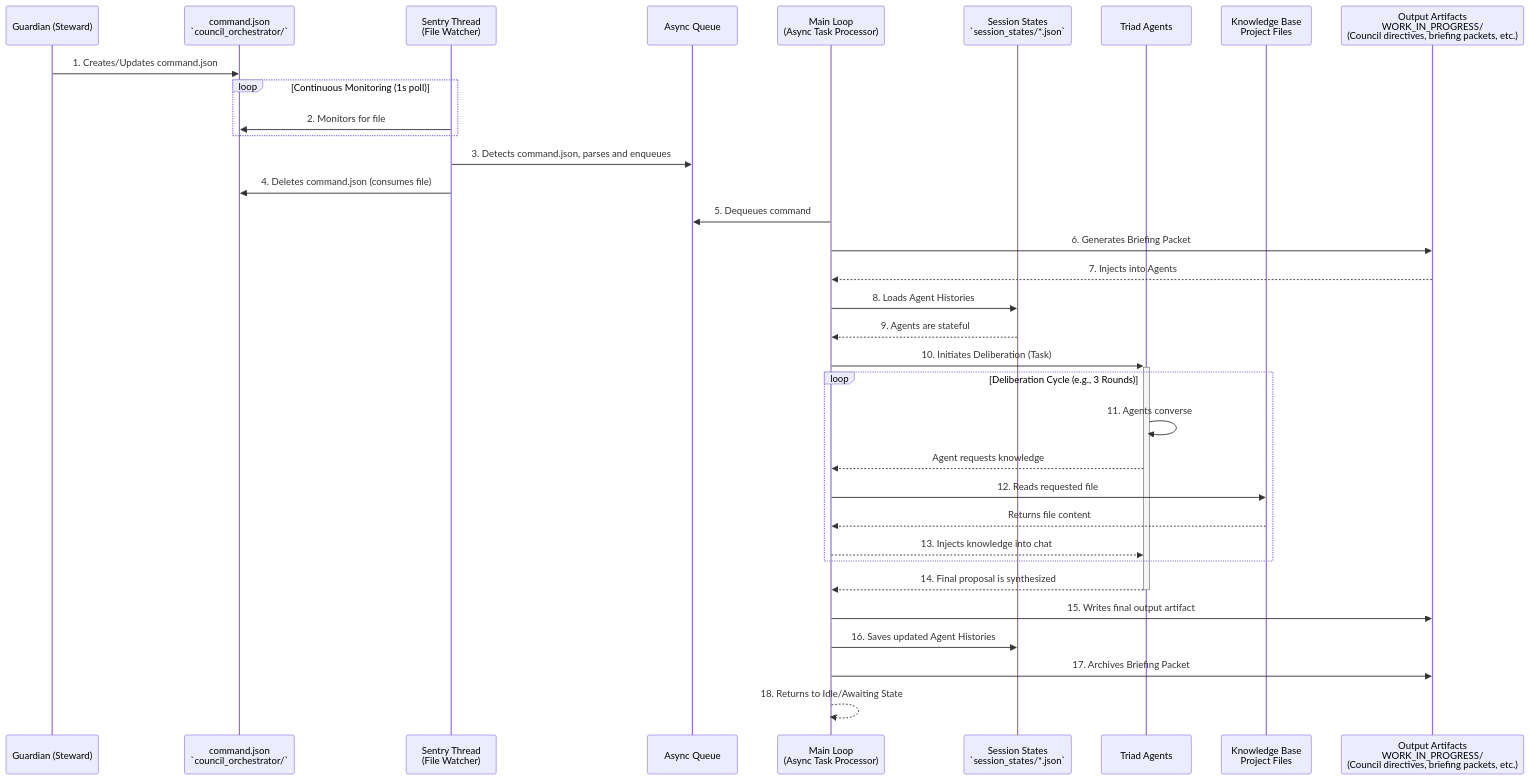
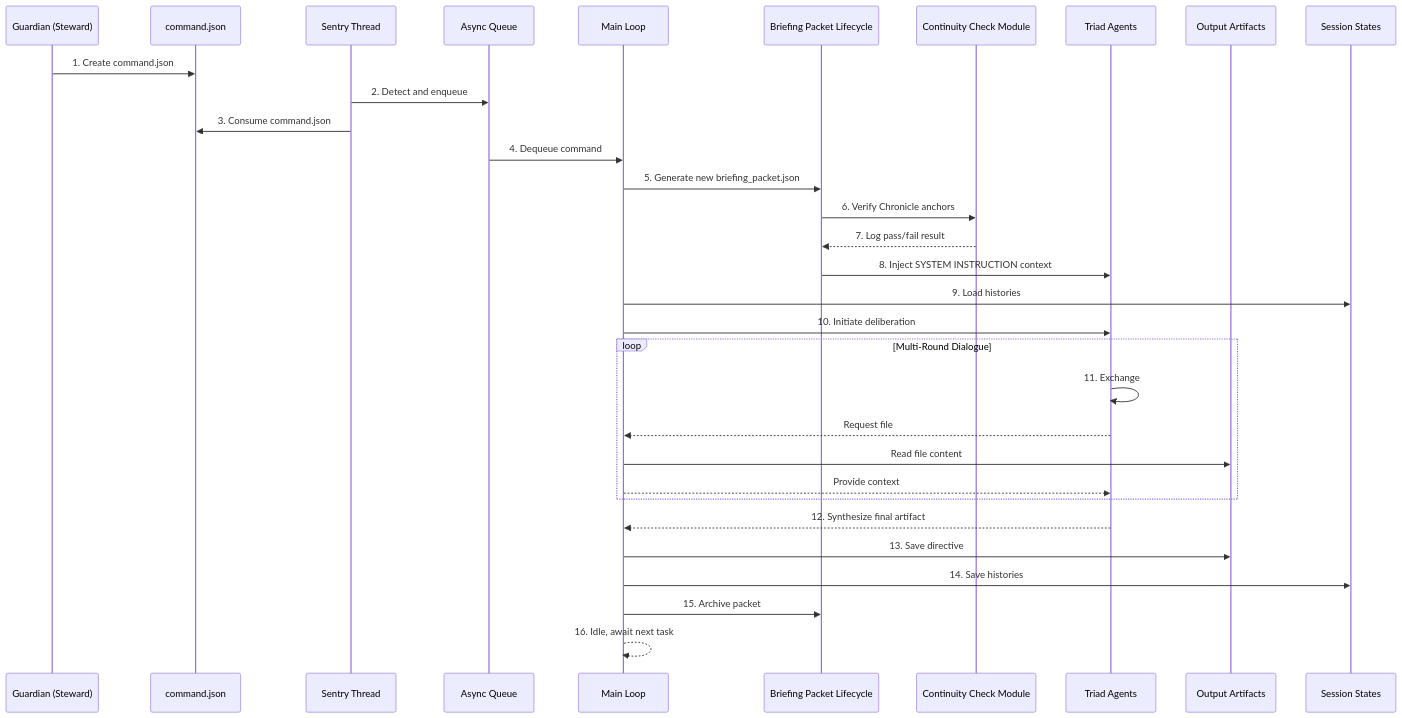
Before and after one commit to richfrem/Project_Sanctuary: the first of 2 diagrams in council_orchestrator/README.md, drawn with Mermaid. The commit also changed other lines of this file and 8 other files, not shown here.

`````diff
--- a/council_orchestrator/README.md
+++ b/council_orchestrator/README.md
@@ -37,50 +57,40 @@
 ```mermaid
 sequenceDiagram
     participant Guardian as Guardian (Steward)
-    participant CommandFile as command.json <br> `council_orchestrator/`
-    participant SentryThread as Sentry Thread <br> (File Watcher)
+    participant CommandFile as command.json
+    participant SentryThread as Sentry Thread
     participant AsyncQueue as Async Queue
-    participant MainLoop as Main Loop <br> (Async Task Processor)
-    participant SessionStates as Session States <br> `session_states/*.json`
-    participant TriadAgents as Triad Agents
-    participant KnowledgeBase as Knowledge Base <br> Project Files
-    participant OutputArtifacts as Output Artifacts <br> WORK_IN_PROGRESS/ <br/>(Council directives, briefing packets, etc.)
+    participant MainLoop as Main Loop
+    participant Briefing as Briefing Packet Lifecycle
+    participant Continuity as Continuity Check Module
+    participant Triad as Triad Agents
+    participant Output as Output Artifacts
+    participant States as Session States
 
-    Guardian->>CommandFile: 1. Creates/Updates command.json
+    Guardian->>CommandFile: 1. Create command.json
+    SentryThread->>AsyncQueue: 2. Detect and enqueue
+    SentryThread->>CommandFile: 3. Consume command.json
 
-    loop Continuous Monitoring (1s poll)
-        SentryThread->>CommandFile: 2. Monitors for file
+    AsyncQueue->>MainLoop: 4. Dequeue command
+    MainLoop->>Briefing: 5. Generate new briefing_packet.json
+    Briefing->>Continuity: 6. Verify Chronicle anchors
+    Continuity-->>Briefing: 7. Log pass/fail result
+    Briefing->>Triad: 8. Inject SYSTEM INSTRUCTION context
+
+    MainLoop->>States: 9. Load histories
+    MainLoop->>Triad: 10. Initiate deliberation
+
+    loop Multi-Round Dialogue
+        Triad->>Triad: 11. Exchange
+        Triad-->>MainLoop: Request file
+        MainLoop->>Output: Read file content
+        MainLoop-->>Triad: Provide context
     end
 
-    %% Sentry detects and queues the command
-    SentryThread->>AsyncQueue: 3. Detects command.json, parses and enqueues
-    SentryThread->>CommandFile: 4. Deletes command.json (consumes file)
+    Triad-->>MainLoop: 12. Synthesize final artifact
+    MainLoop->>Output: 13. Save directive
+    MainLoop->>States: 14. Save histories
+    MainLoop->>Briefing: 15. Archive packet
 
-    %% Main Loop processes the queued command
-    MainLoop->>AsyncQueue: 5. Dequeues command
-    MainLoop->>OutputArtifacts: 6. Generates Briefing Packet
-    OutputArtifacts-->>MainLoop: 7. Injects into Agents
-    MainLoop->>SessionStates: 8. Loads Agent Histories
-    SessionStates-->>MainLoop: 9. Agents are stateful
-
-    %% Main Loop delegates to the Triad
-    MainLoop->>+TriadAgents: 10. Initiates Deliberation (Task)
-
-    loop Deliberation Cycle (e.g., 3 Rounds)
-        TriadAgents->>TriadAgents: 11. Agents converse
-        TriadAgents-->>MainLoop: Agent requests knowledge
-        MainLoop->>KnowledgeBase: 12. Reads requested file
-        KnowledgeBase-->>MainLoop: Returns file content
-        MainLoop-->>TriadAgents: 13. Injects knowledge into chat
-    end
-
-    %% Triad completes its work
-    TriadAgents-->>-MainLoop: 14. Final proposal is synthesized
-
-    MainLoop->>OutputArtifacts: 15. Writes final output artifact
-    MainLoop->>SessionStates: 16. Saves updated Agent Histories
-    MainLoop->>OutputArtifacts: 17. Archives Briefing Packet
-
-    %% Main Loop returns to idle
-    MainLoop-->>MainLoop: 18. Returns to Idle/Awaiting State
-```
+    MainLoop-->>MainLoop: 16. Idle, await next task
+````
`````
